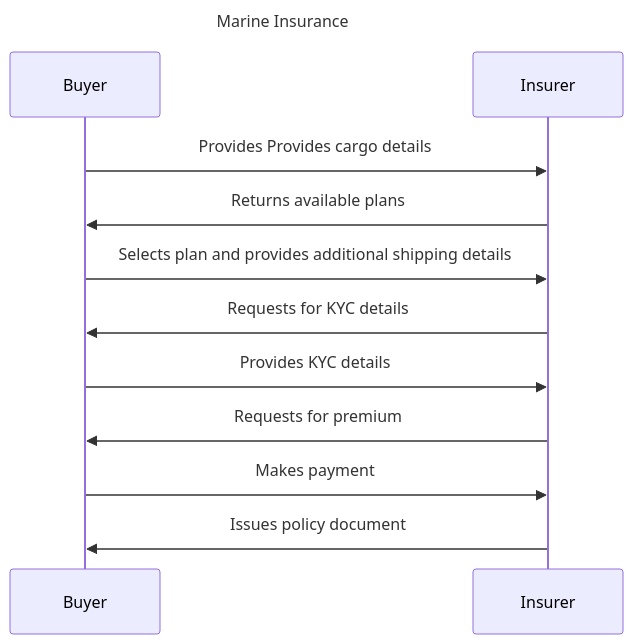
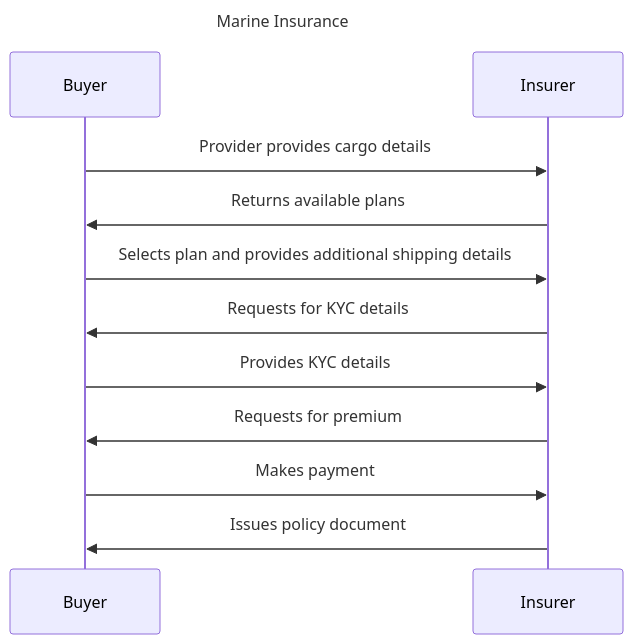
The third of 3 diagrams in docs/example-implementations/Insurance.md (beckn/financial-services), drawn with Mermaid before and after one commit. The commit also changed other lines of this file and 2 other files, not shown here.

````diff
--- a/docs/example-implementations/Insurance.md
+++ b/docs/example-implementations/Insurance.md
@@ -219,12 +192,12 @@
 ```mermaid
 sequenceDiagram
     title Marine Insurance
-    Buyer ->> Insurer: Provides Provides cargo details
+    Buyer ->> Insurer: Provider provides cargo details
     Insurer ->> Buyer: Returns available plans
     Buyer ->> Insurer: Selects plan and provides additional shipping details
     Insurer ->> Buyer: Requests for KYC details
     Buyer ->> Insurer: Provides KYC details
     Insurer ->> Buyer: Requests for premium
     Buyer ->> Insurer: Makes payment
     Insurer ->> Buyer: Issues policy document
 ```
````
